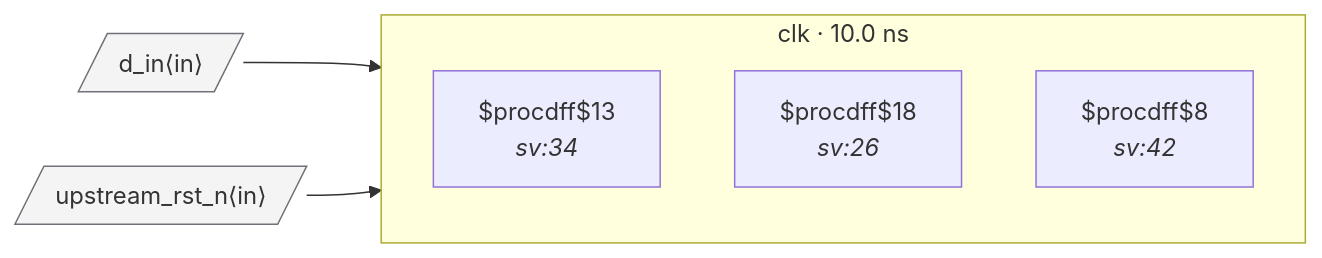
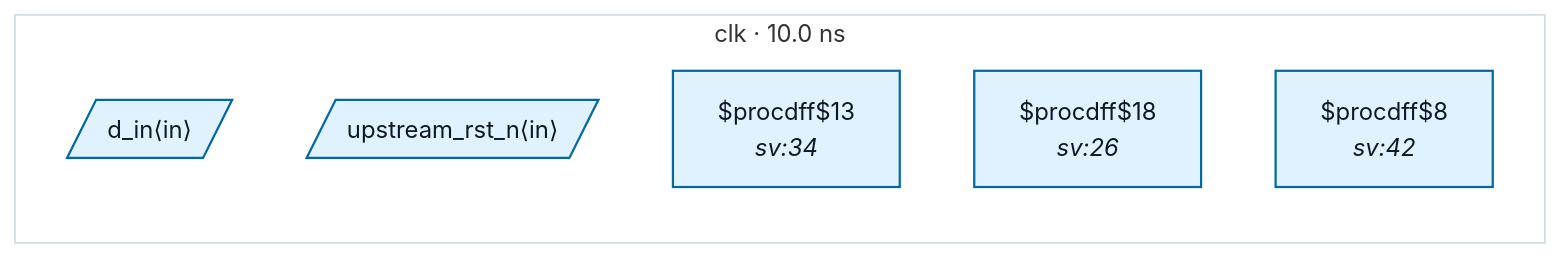
Before and after one commit to rtl-buddy/rtl-buddy-cdc: the diagram in tests/fixtures/marked_reset_sync/README.md, drawn with Mermaid. The commit also changed 71 other files, not shown here.

````diff
--- a/tests/fixtures/marked_reset_sync/README.md
+++ b/tests/fixtures/marked_reset_sync/README.md
@@ -18,15 +18,16 @@
 ```mermaid
 %% marked_reset_sync — generated by rtl-buddy-cdc render
 flowchart LR
   subgraph clk_clk["clk · 10.0 ns"]
     direction TB
-    f_b09e33f7["$procdff$13<br/><i>sv:34</i>"]
-    f_f2ac6273["$procdff$18<br/><i>sv:26</i>"]
-    f_40b31673["$procdff$8<br/><i>sv:42</i>"]
+    p_in_d_in[/"d_in⟨in⟩"/]:::ckcls_clk
+    p_in_upstream_rst_n[/"upstream_rst_n⟨in⟩"/]:::ckcls_clk
+    f_b09e33f7["$procdff$13<br/><i>sv:34</i>"]:::ckcls_clk
+    f_f2ac6273["$procdff$18<br/><i>sv:26</i>"]:::ckcls_clk
+    f_40b31673["$procdff$8<br/><i>sv:42</i>"]:::ckcls_clk
   end
-  p_in_d_in[/"d_in⟨in⟩"/]:::port
-  p_in_upstream_rst_n[/"upstream_rst_n⟨in⟩"/]:::port
-  p_in_d_in --> f_b09e33f7
-  p_in_upstream_rst_n --> f_b09e33f7
-  classDef port fill:#f4f4f5,stroke:#71717a
+  style clk_clk fill:none,stroke:#cbd5e1
+  classDef ckcls_clk fill:#e0f2fe,stroke:#0369a1,stroke-width:1.5px,color:#0f172a
+  classDef port_unassigned fill:#f4f4f5,stroke:#71717a,color:#0f172a
+  classDef ckcls_legend_neutral fill:#ffffff,stroke:#cbd5e1,stroke-width:1px,color:#0f172a
 ```
````
